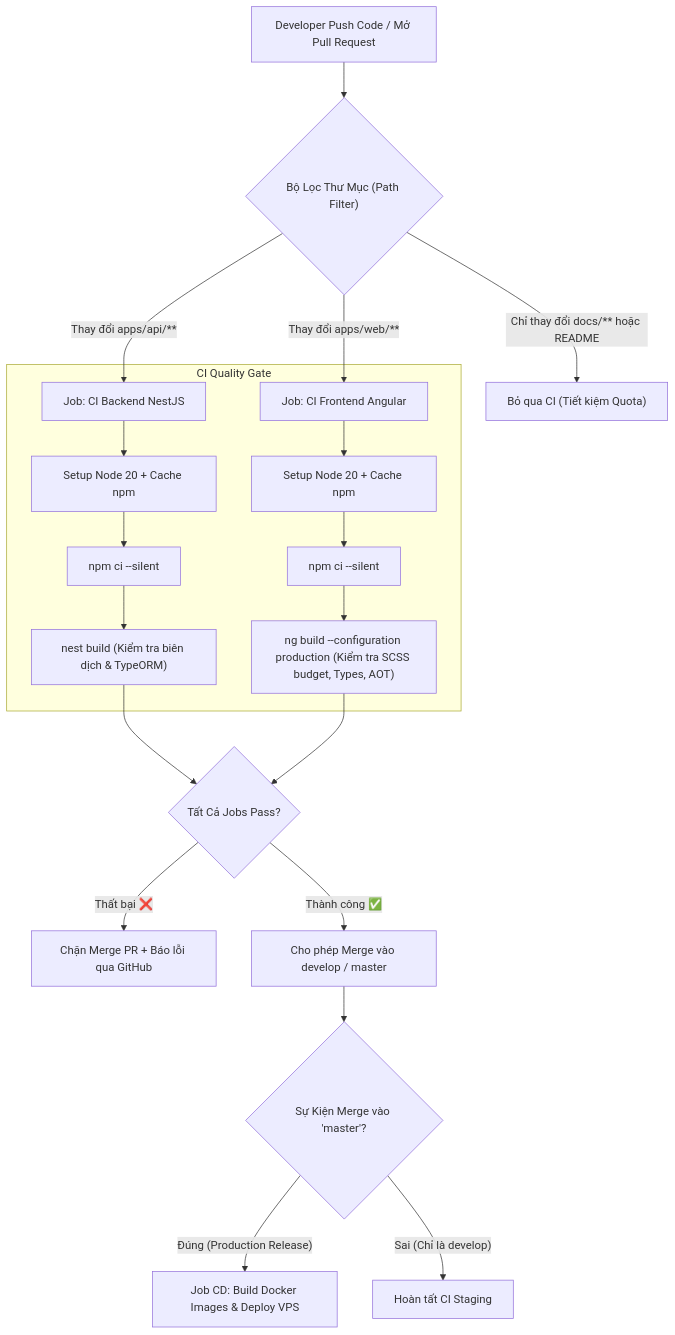
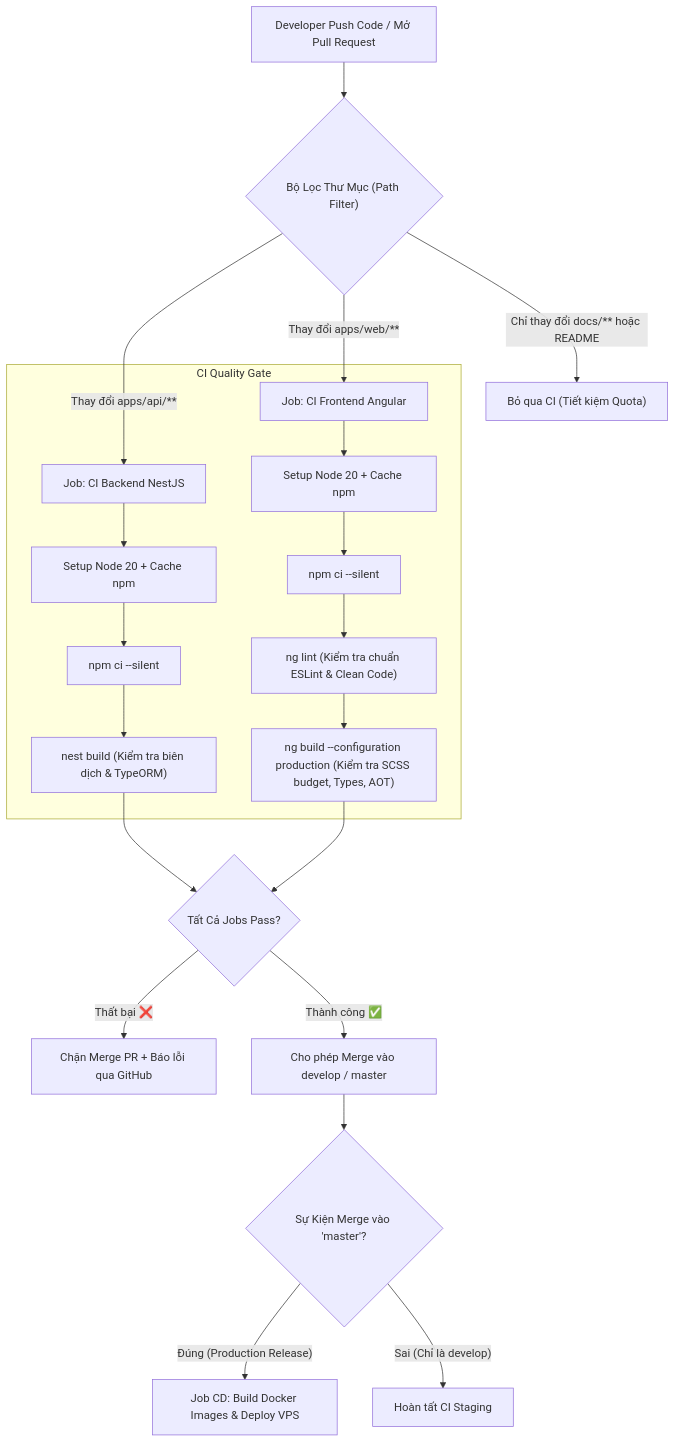
One commit to canhhung1-storage/speak-up changed the second of 2 diagrams in docs/guides/02-gitflow-and-cicd-pipeline.md. Above: the diagram before and after it, drawn with Mermaid. The commit also changed other lines of this file and 11 other files, not shown here.

````diff
--- a/docs/guides/02-gitflow-and-cicd-pipeline.md
+++ b/docs/guides/02-gitflow-and-cicd-pipeline.md
@@ -49,26 +49,27 @@
 ```mermaid
 flowchart TD
     A["Developer Push Code / Mở Pull Request"] --> B{"Bộ Lọc Thư Mục (Path Filter)"}
     
     B -->|"Thay đổi apps/api/**"| C["Job: CI Backend NestJS"]
     B -->|"Thay đổi apps/web/**"| D["Job: CI Frontend Angular"]
     B -->|"Chỉ thay đổi docs/** hoặc README"| E["Bỏ qua CI (Tiết kiệm Quota)"]
     
     subgraph "CI Quality Gate"
         C --> C1["Setup Node 20 + Cache npm"]
         C1 --> C2["npm ci --silent"]
         C2 --> C3["nest build (Kiểm tra biên dịch & TypeORM)"]
         
         D --> D1["Setup Node 20 + Cache npm"]
         D1 --> D2["npm ci --silent"]
-        D2 --> D3["ng build --configuration production (Kiểm tra SCSS budget, Types, AOT)"]
+        D2 --> D3["ng lint (Kiểm tra chuẩn ESLint & Clean Code)"]
+        D3 --> D4["ng build --configuration production (Kiểm tra SCSS budget, Types, AOT)"]
     end
     
-    C3 & D3 --> F{"Tất Cả Jobs Pass?"}
+    C3 & D4 --> F{"Tất Cả Jobs Pass?"}
     F -->|"Thất bại ❌"| G["Chặn Merge PR + Báo lỗi qua GitHub"]
     F -->|"Thành công ✅"| H["Cho phép Merge vào develop / master"]
     
     H --> I{"Sự Kiện Merge vào 'master'?"}
     I -->|"Đúng (Production Release)"| J["Job CD: Build Docker Images & Deploy VPS"]
     I -->|"Sai (Chỉ là develop)"| K["Hoàn tất CI Staging"]
 ```
````
